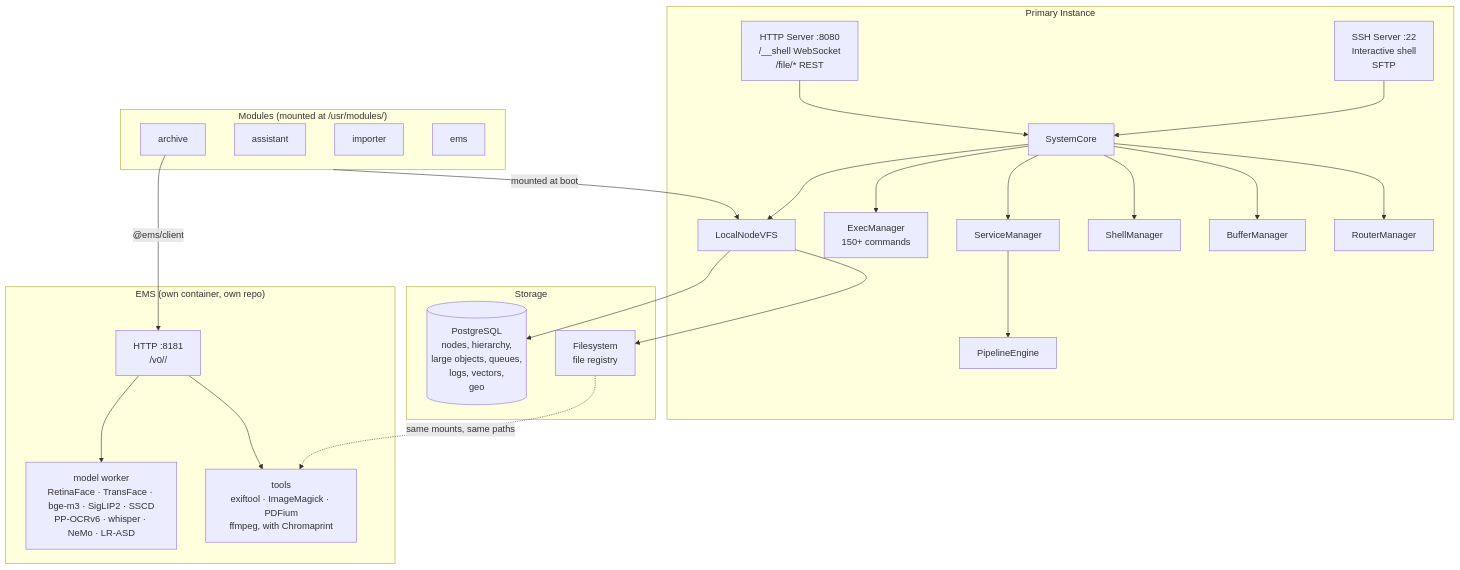
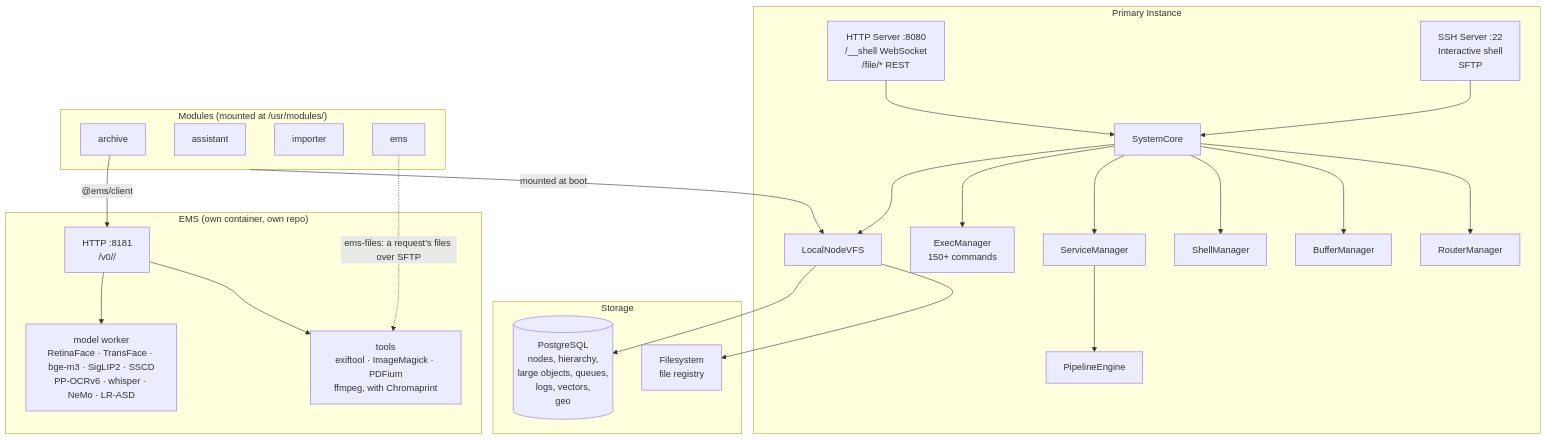
One commit to einhq/core changed the first of 5 diagrams in docs/architecture.md. Above: the diagram before and after it, drawn with Mermaid. The commit also changed 2 other files, not shown here.

Commit message:
docs: EMS reaches a request's files through ems-files, not shared mounts (ein/core#405)

````diff
--- a/docs/architecture.md
+++ b/docs/architecture.md
@@ -11,50 +11,50 @@
 ```mermaid
 graph TB
     subgraph Primary["Primary Instance"]
         HTTP["HTTP Server :8080\n/__shell WebSocket\n/file/* REST"]
         SSH["SSH Server :22\nInteractive shell\nSFTP"]
         SYS["SystemCore"]
         VFS["LocalNodeVFS"]
         EM["ExecManager\n150+ commands"]
         SM["ServiceManager"]
         SHM["ShellManager"]
         PM["PipelineEngine"]
         BUF["BufferManager"]
         RTR["RouterManager"]
     end
 
     subgraph Storage["Storage"]
         PG[("PostgreSQL\nnodes, hierarchy,\nlarge objects, queues,\nlogs, vectors,\ngeo")]
         FS["Filesystem\nfile registry"]
     end
 
     subgraph EMS["EMS (own container, own repo)"]
         EMSAPI["HTTP :8181\n/v0/<ns>/<op>"]
         MODELS["model worker\nRetinaFace · TransFace · bge-m3 · SigLIP2 · SSCD\nPP-OCRv6 · whisper · NeMo · LR-ASD"]
         TOOLS["tools\nexiftool · ImageMagick · PDFium\nffmpeg, with Chromaprint"]
     end
 
     subgraph Modules["Modules (mounted at /usr/modules/)"]
         ARCHIVE["archive"]
         ASSIST["assistant"]
         IMPORTER["importer"]
         EMSMOD["ems"]
     end
 
     HTTP --> SYS
     SSH --> SYS
     SYS --> VFS
     SYS --> EM
     SYS --> SM
     SYS --> SHM
     SYS --> BUF
     SYS --> RTR
     SM --> PM
     VFS --> PG
     VFS --> FS
     Modules -->|"mounted at boot"| VFS
     ARCHIVE -->|"@ems/client"| EMSAPI
     EMSAPI --> MODELS
     EMSAPI --> TOOLS
-    FS -.->|"same mounts, same paths"| TOOLS
+    EMSMOD -.->|"ems-files: a request's files over SFTP"| TOOLS
 ```
````
